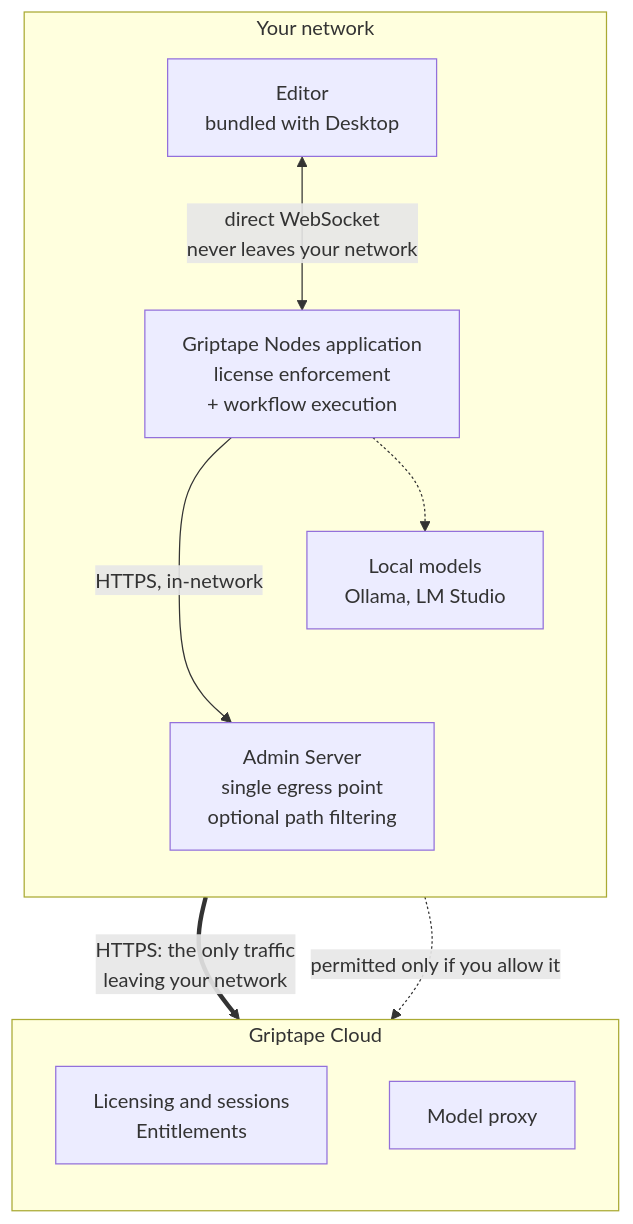
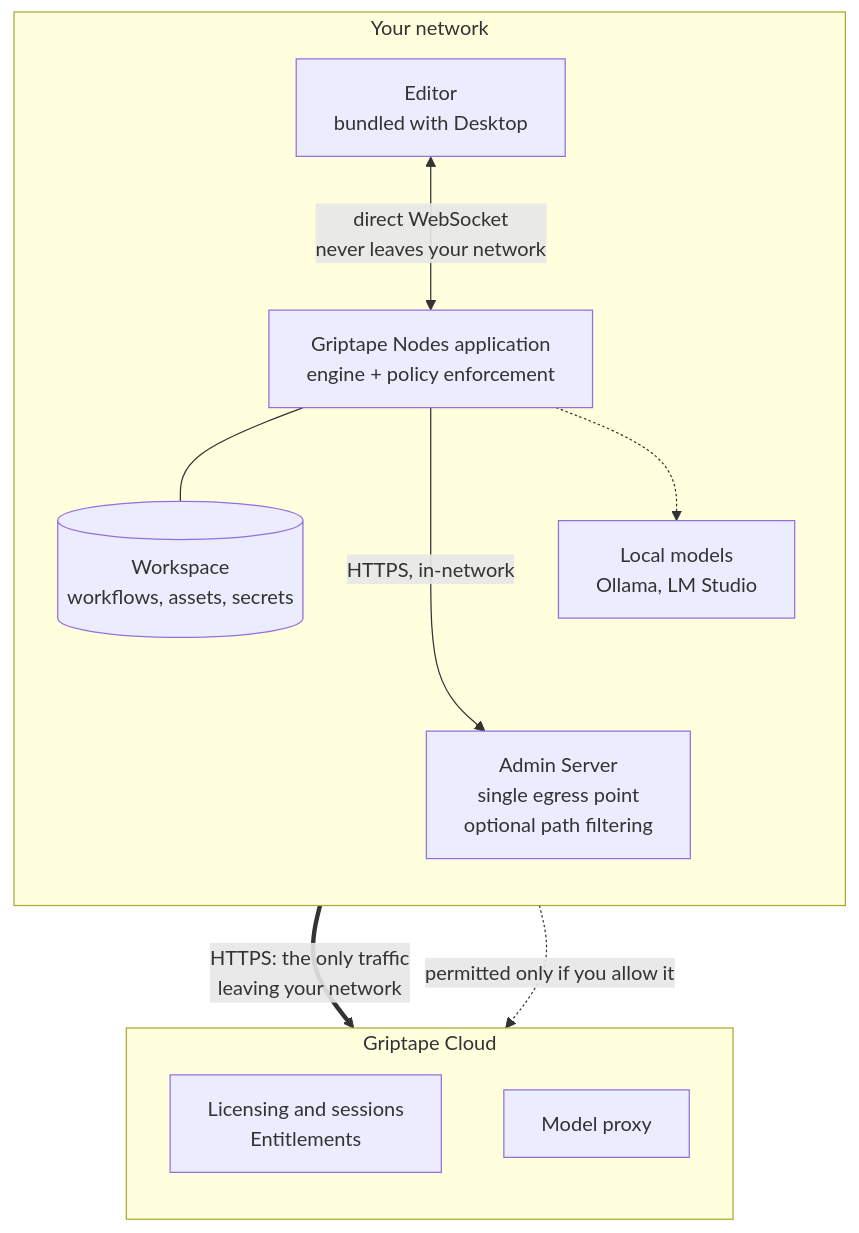
Before and after one commit to griptape-ai/griptape-nodes-engine: the second of 2 diagrams in docs/architecture.md, drawn with Mermaid. The commit also changed other lines of this file, not shown here.

First line of the commit message:
docs: refocus architecture page on components and data locality

````diff
--- a/docs/architecture.md
+++ b/docs/architecture.md
@@ -108,25 +111,27 @@
 ```mermaid
 flowchart TB
     subgraph network["Your network"]
         direction TB
         editor["Editor<br/>bundled with Desktop"]
-        app["Griptape Nodes application<br/>license enforcement<br/>+ workflow execution"]
+        app["Griptape Nodes application<br/>engine + policy enforcement"]
+        workspace[("Workspace<br/>workflows, assets, secrets")]
         local["Local models<br/>Ollama, LM Studio"]
         admin["Admin Server<br/>single egress point<br/>optional path filtering"]
         editor <-->|"direct WebSocket<br/>never leaves your network"| app
+        app --- workspace
         app -.-> local
         app -->|"HTTPS, in-network"| admin
         %% Invisible link: keeps the Admin Server on its own rank below the
         %% local models, so the egress edge does not pass behind them.
         local ~~~ admin
     end
 
     subgraph cloud["Griptape Cloud"]
         direction TB
         control["Licensing and sessions<br/>Entitlements"]
         modelproxy["Model proxy"]
     end
 
     admin ==>|"HTTPS: the only traffic<br/>leaving your network"| control
     admin -.->|"permitted only if you allow it"| modelproxy
 ```
````
